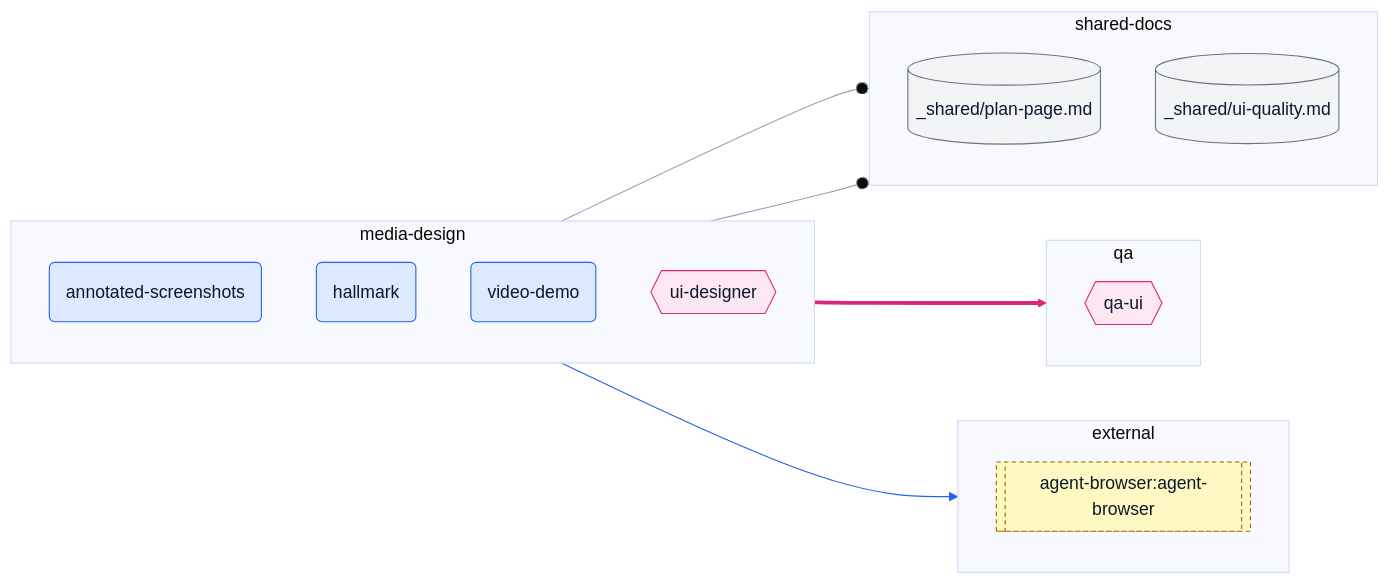
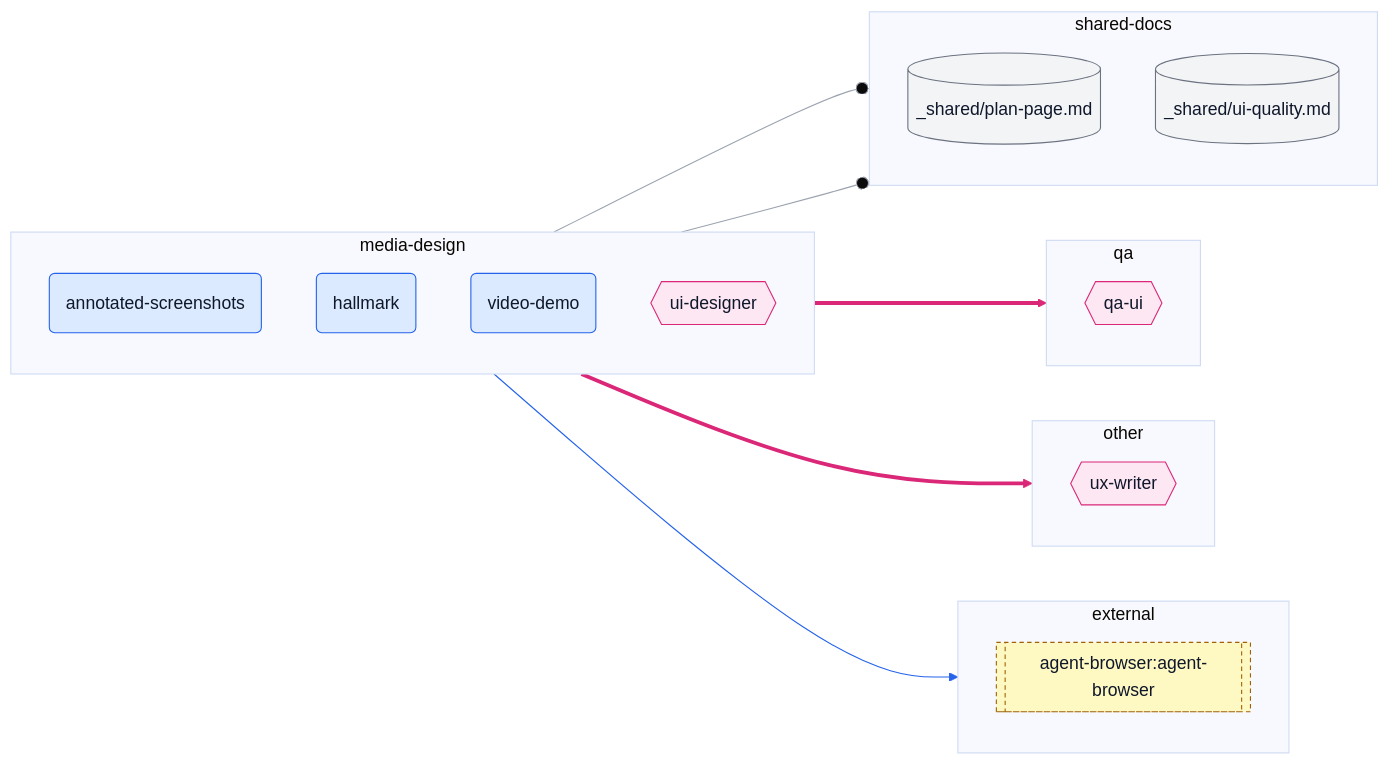
The second of 10 diagrams in docs/skills-map.md (ybarsotti/dotfiles), drawn with Mermaid (base theme) before and after one commit. The commit also changed other lines of this file and 11 other files, not shown here.

First line of the commit message:
feat(agents): replace copy-reviewer with a ux-writer agent

````diff
--- a/docs/skills-map.md
+++ b/docs/skills-map.md
@@ -178,37 +178,43 @@
 ```mermaid
 flowchart LR
   subgraph cl_external["external"]
     direction TB
     x_agent_browser_agent_browser[["agent-browser:agent-browser"]]:::external
   end
   subgraph cl_media_design["media-design"]
     direction TB
     s_annotated_screenshots("annotated-screenshots"):::skill
     s_hallmark("hallmark"):::skill
     s_video_demo("video-demo"):::skill
     a_ui_designer{{"ui-designer"}}:::agent
   end
+  subgraph cl_other["other"]
+    direction TB
+    a_ux_writer{{"ux-writer"}}:::agent
+  end
   subgraph cl_qa["qa"]
     direction TB
     a_qa_ui{{"qa-ui"}}:::agent
   end
   subgraph cl_shared_docs["shared-docs"]
     direction TB
     d_plan_page[("_shared/plan-page.md")]:::shared
     d_ui_quality[("_shared/ui-quality.md")]:::shared
   end
   a_ui_designer ==> a_qa_ui
+  a_ui_designer ==> a_ux_writer
   a_ui_designer --o d_plan_page
   a_ui_designer --o d_ui_quality
   a_ui_designer --> x_agent_browser_agent_browser
   linkStyle 0 stroke:#db2777
-  linkStyle 1 stroke:#9ca3af
+  linkStyle 1 stroke:#db2777
   linkStyle 2 stroke:#9ca3af
-  linkStyle 3 stroke:#2563eb
+  linkStyle 3 stroke:#9ca3af
+  linkStyle 4 stroke:#2563eb
   classDef skill fill:#dbeafe,stroke:#2563eb,color:#0f172a
   classDef command fill:#dcfce7,stroke:#16a34a,color:#0f172a
   classDef agent fill:#fce7f3,stroke:#db2777,color:#0f172a
   classDef shared fill:#f3f4f6,stroke:#6b7280,color:#0f172a
   classDef external fill:#fef9c3,stroke:#a16207,color:#0f172a,stroke-dasharray:4 3
   classDef step fill:#ffffff,stroke:#6b7280,color:#0f172a,stroke-dasharray:2 2
 ```
````
